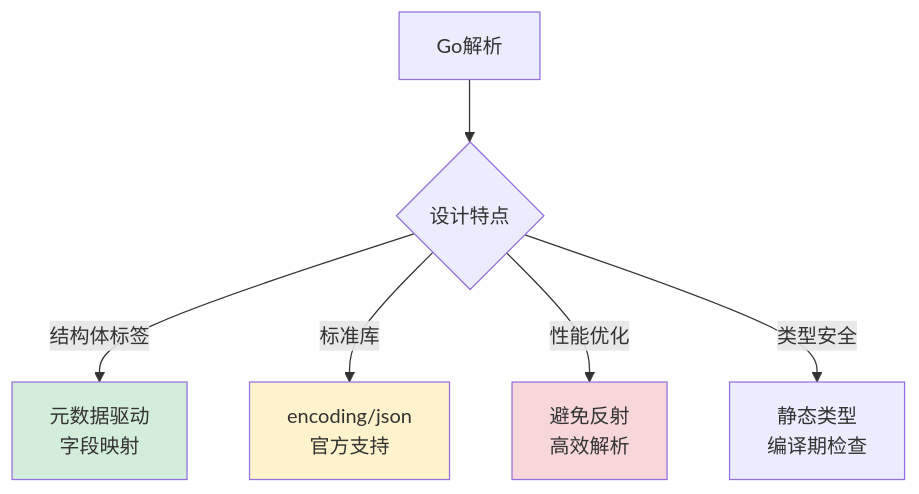
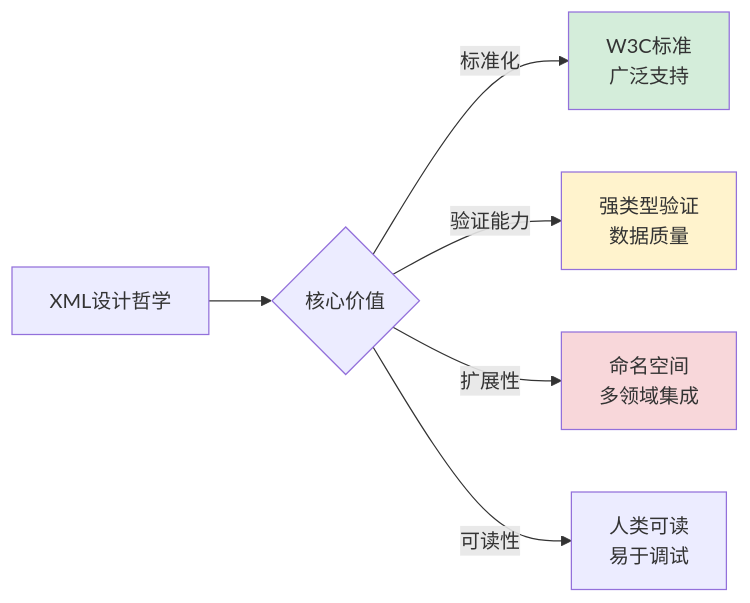
Before and after one commit to chongyang211/YCBookBlog: diagram 24 of 31 in 00.通用技术的提升/02.程序编程原理/06.数据解析设计思想.md, drawn with Mermaid. The commit also changed other lines of this file and 5 other files, not shown here.

````diff
--- a/00.通用技术的提升/02.程序编程原理/06.数据解析设计思想.md
+++ b/00.通用技术的提升/02.程序编程原理/06.数据解析设计思想.md
@@ -1193,12 +2342,12 @@
 ```mermaid
-graph TB
-    A[Go解析] --> B{设计特点}
-    B -->|结构体标签| C[元数据驱动<br/>字段映射]
-    B -->|标准库| D[encoding/json<br/>官方支持]
-    B -->|性能优化| E[避免反射<br/>高效解析]
-    B -->|类型安全| F[静态类型<br/>编译期检查]
+graph LR
+    A[XML设计哲学] --> B{核心价值}
+    B -->|标准化| C[W3C标准<br/>广泛支持]
+    B -->|验证能力| D[强类型验证<br/>数据质量]
+    B -->|扩展性| E[命名空间<br/>多领域集成]
+    B -->|可读性| F[人类可读<br/>易于调试]
     
     style C fill:#d4edda
     style D fill:#fff3cd
     style E fill:#f8d7da
 ```
````
